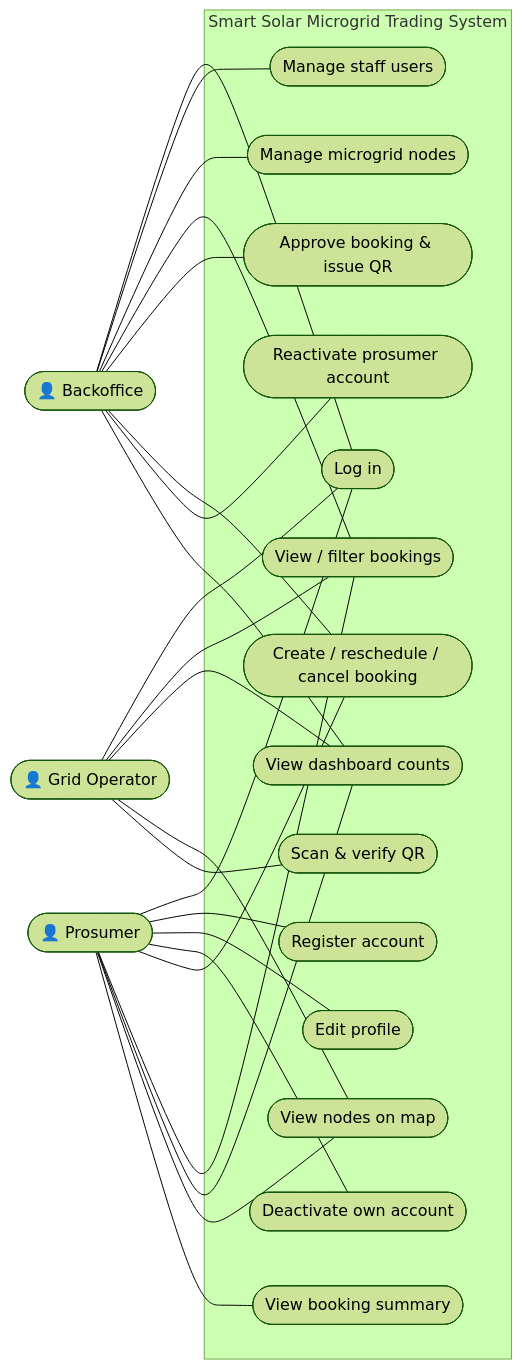
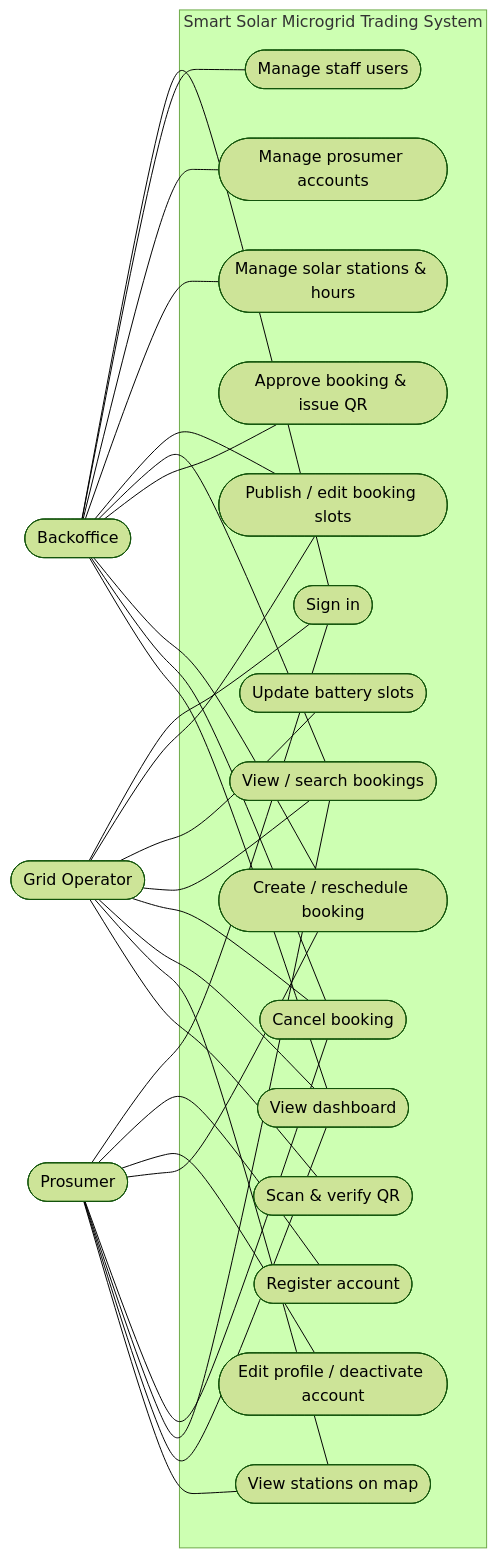
The second of 5 diagrams in docs/diagrams.md (Dil123852/SolarGrid), drawn with Mermaid (forest theme) before and after one commit. The commit also changed other lines of this file and 65 other files, not shown here.

Commit message:
docs: diagrams for EnergyBookingSlots, rendered PNG/SVG diagrams and UI screenshots for the report

````diff
--- a/docs/diagrams.md
+++ b/docs/diagrams.md
@@ -40,27 +40,28 @@
 ```mermaid
 flowchart LR
-    BO(["👤 Backoffice"])
-    GO(["👤 Grid Operator"])
-    PR(["👤 Prosumer"])
+    BO(["Backoffice"])
+    GO(["Grid Operator"])
+    PR(["Prosumer"])
 
     subgraph System["Smart Solar Microgrid Trading System"]
-        UC1([Log in])
+        UC1([Sign in])
         UC2([Manage staff users])
-        UC3([Manage microgrid nodes])
-        UC4([View / filter bookings])
-        UC5([Approve booking & issue QR])
-        UC6([Create / reschedule / cancel booking])
-        UC7([Reactivate prosumer account])
-        UC8([Register account])
-        UC9([Edit profile])
-        UC10([Deactivate own account])
-        UC11([View dashboard counts])
-        UC12([View nodes on map])
-        UC13([Scan & verify QR])
-        UC14([View booking summary])
+        UC3([Manage prosumer accounts])
+        UC4([Manage solar stations & hours])
+        UC5([Publish / edit booking slots])
+        UC6([Update battery slots])
+        UC7([View / search bookings])
+        UC8([Approve booking & issue QR])
+        UC9([Create / reschedule booking])
+        UC10([Cancel booking])
+        UC11([Register account])
+        UC12([Edit profile / deactivate account])
+        UC13([View dashboard])
+        UC14([View stations on map])
+        UC15([Scan & verify QR])
     end
 
-    BO --- UC1 & UC2 & UC3 & UC4 & UC5 & UC6 & UC7 & UC11
-    GO --- UC1 & UC4 & UC11 & UC12 & UC13
-    PR --- UC1 & UC8 & UC9 & UC10 & UC6 & UC4 & UC11 & UC12 & UC14
+    BO --- UC1 & UC2 & UC3 & UC4 & UC5 & UC7 & UC8 & UC9 & UC10 & UC13
+    GO --- UC1 & UC5 & UC6 & UC7 & UC10 & UC13 & UC14 & UC15
+    PR --- UC1 & UC11 & UC12 & UC9 & UC10 & UC7 & UC13 & UC14
 ```
````
